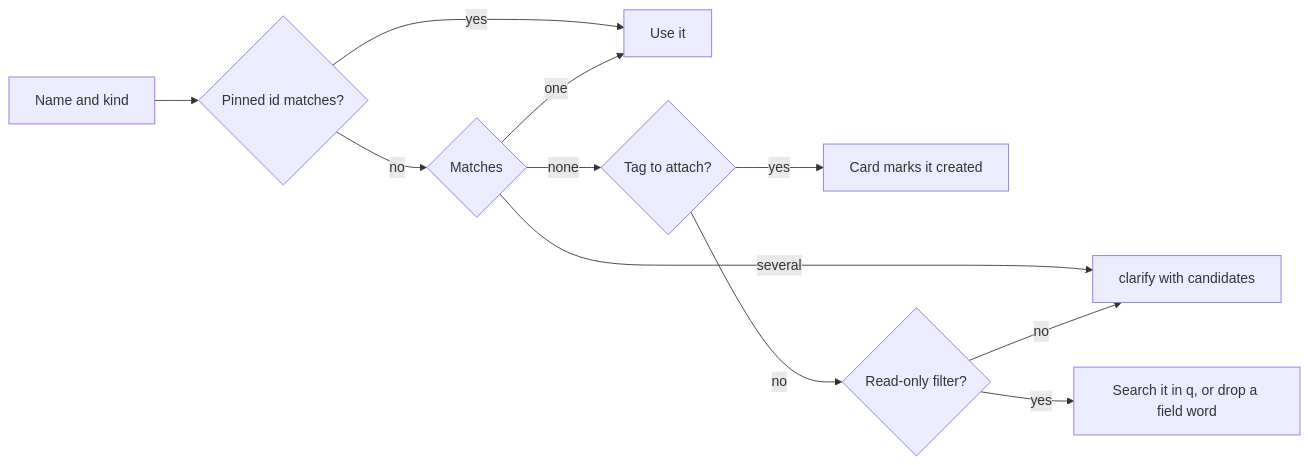
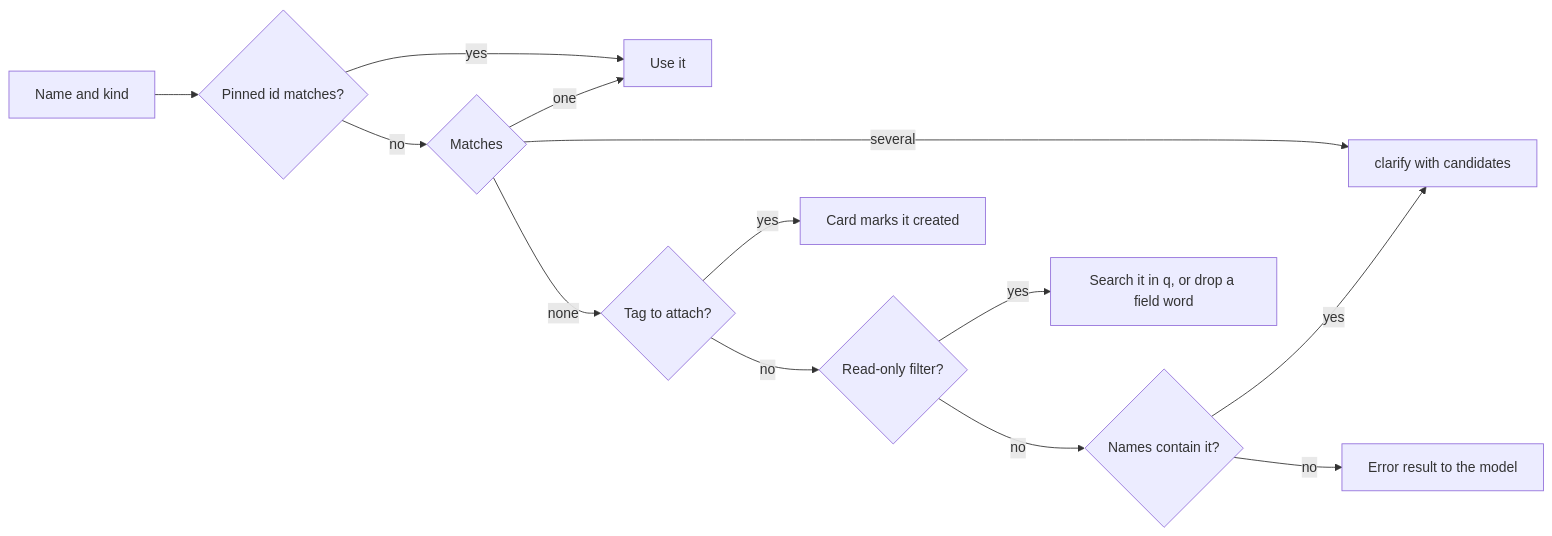
The third of 4 diagrams in docs/design-docs/assistant.md (syudead/vv), drawn with Mermaid before and after one commit. The commit also changed other lines of this file and 6 other files, not shown here.

````diff
--- a/docs/design-docs/assistant.md
+++ b/docs/design-docs/assistant.md
@@ -186,13 +187,15 @@
 ```mermaid
 flowchart LR
   name[Name and kind] --> pinned{Pinned id matches?}
   pinned -->|yes| use[Use it]
   pinned -->|no| matches{Matches}
   matches -->|one| use
   matches -->|several| ask[clarify with candidates]
   matches -->|none| attach{Tag to attach?}
   attach -->|yes| create[Card marks it created]
   attach -->|no| read{Read-only filter?}
   read -->|yes| text[Search it in q, or drop a field word]
-  read -->|no| ask
+  read -->|no| similar{Names contain it?}
+  similar -->|yes| ask
+  similar -->|no| fail[Error result to the model]
 ```
````
